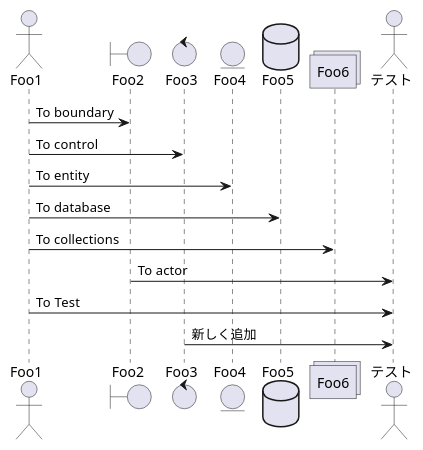
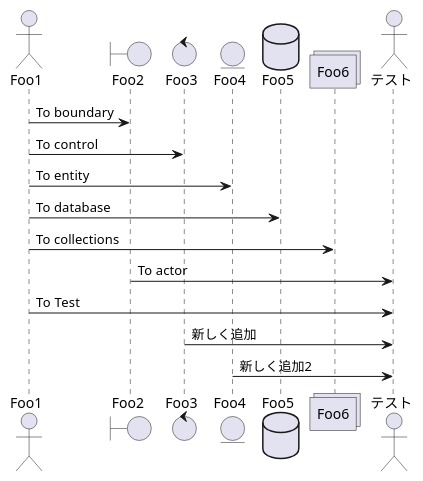
Before and after one commit to yoshida-m-3/generate-plantuml: the diagram in docs/test.puml, drawn with PlantUML.

```diff
--- a/docs/test.puml
+++ b/docs/test.puml
@@ -1,17 +1,18 @@
 @startuml
 actor Foo1
 boundary Foo2
 control Foo3
 entity Foo4
 database Foo5
 collections Foo6
 actor テスト
 Foo1 -> Foo2 : To boundary
 Foo1 -> Foo3 : To control
 Foo1 -> Foo4 : To entity
 Foo1 -> Foo5 : To database
 Foo1 -> Foo6 : To collections
 Foo2 -> テスト : To actor
 Foo1 -> テスト : To Test
 Foo3 -> テスト : 新しく追加
+Foo4 -> テスト : 新しく追加2
 @enduml
```
